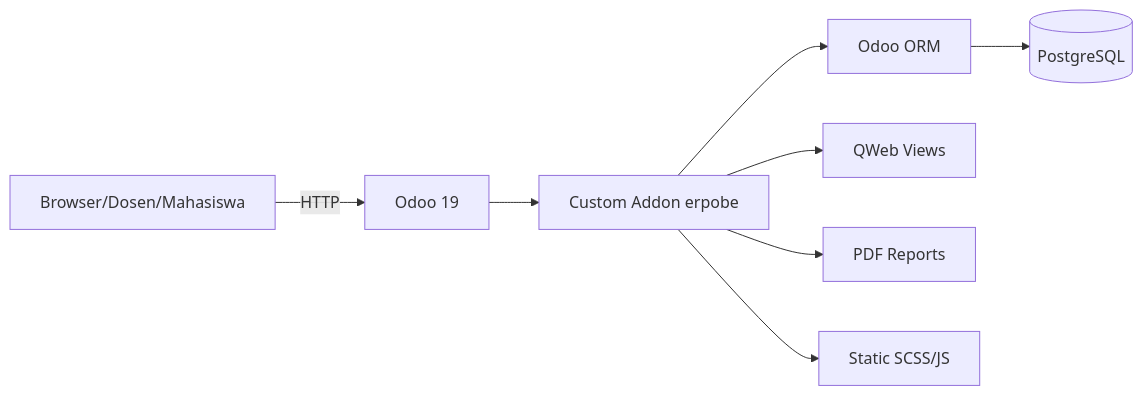
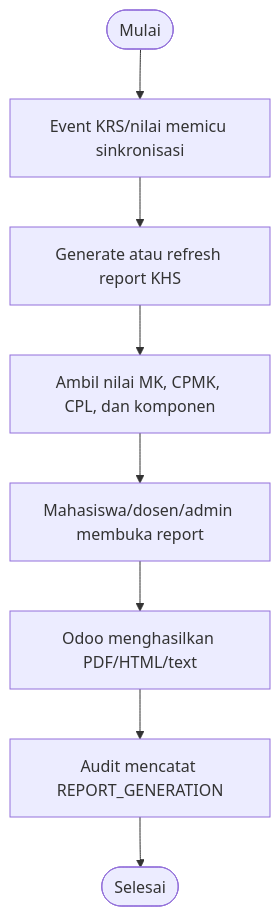
One commit to SesaSatriva/erpobe_odoo19 changed the sixth of 10 diagrams in docs/skripsi/enterprise-architecture.md. Above: the diagram before and after it, drawn with Mermaid. The commit also changed other lines of this file, not shown here.

Commit message:
Doc : Fixed Enterprise Architecture

````diff
--- a/docs/skripsi/enterprise-architecture.md
+++ b/docs/skripsi/enterprise-architecture.md
@@ -515,10 +296,10 @@
 ```mermaid
-flowchart LR
-  U[Browser/Dosen/Mahasiswa] -->|HTTP| O[Odoo 19]
-  O --> A[Custom Addon erpobe]
-  A --> ORM[Odoo ORM]
-  ORM --> DB[(PostgreSQL)]
-  A --> Q[QWeb Views]
-  A --> R[PDF Reports]
-  A --> S[Static SCSS/JS]
+flowchart TD
+    S([Mulai]) --> A[Event KRS/nilai memicu sinkronisasi]
+    A --> B[Generate atau refresh report KHS]
+    B --> C[Ambil nilai MK, CPMK, CPL, dan komponen]
+    C --> D[Mahasiswa/dosen/admin membuka report]
+    D --> E[Odoo menghasilkan PDF/HTML/text]
+    E --> F[Audit mencatat REPORT_GENERATION]
+    F --> Z([Selesai])
 ```
````
